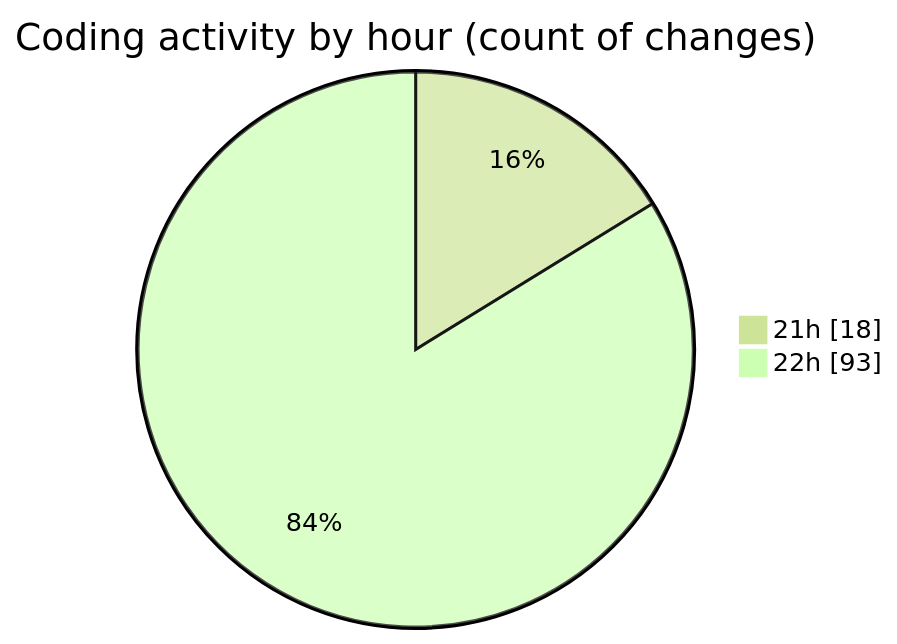
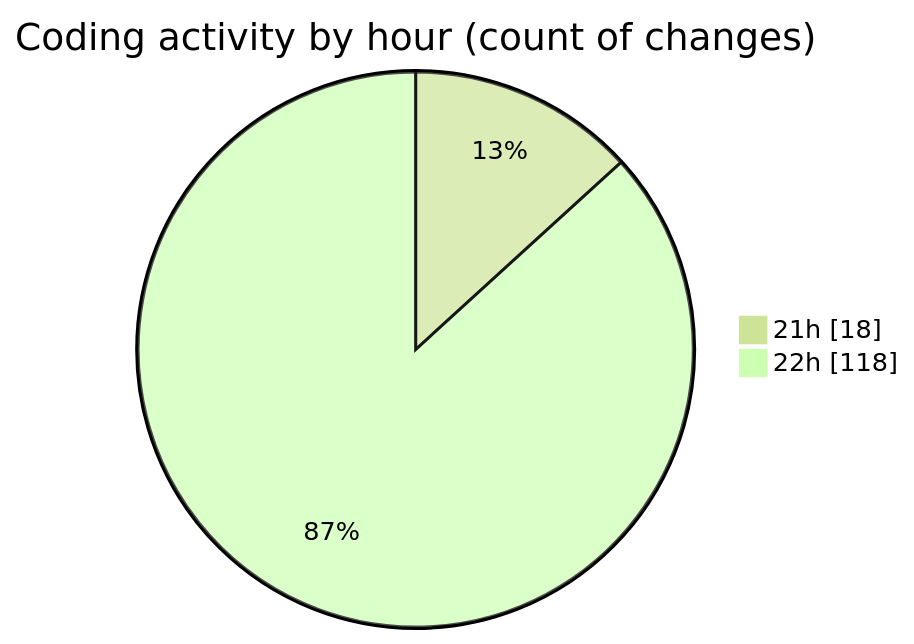
The second of 2 diagrams in 2025-12-27/rust/README.md (Ritupan-Deka/code-tracking), drawn with Mermaid (forest theme) before and after one commit. The commit also changed other lines of this file and 1 other file, not shown here.

````diff
--- a/2025-12-27/rust/README.md
+++ b/2025-12-27/rust/README.md
@@ -30,6 +30,6 @@
 ```mermaid
 pie showData
 title Coding activity by hour (count of changes)
 "21h" : 18
-"22h" : 93
+"22h" : 118
 ```
````
